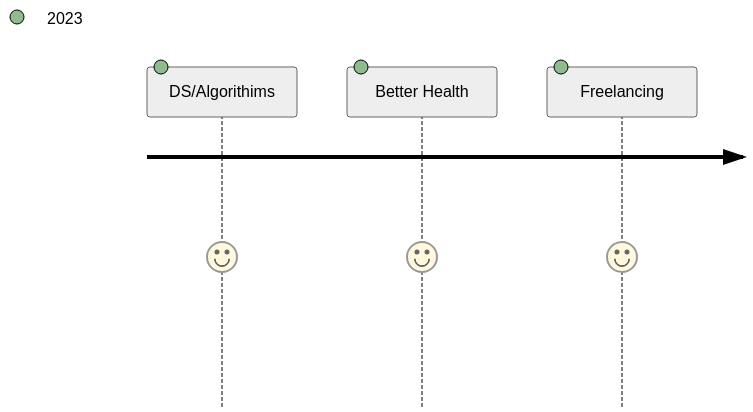
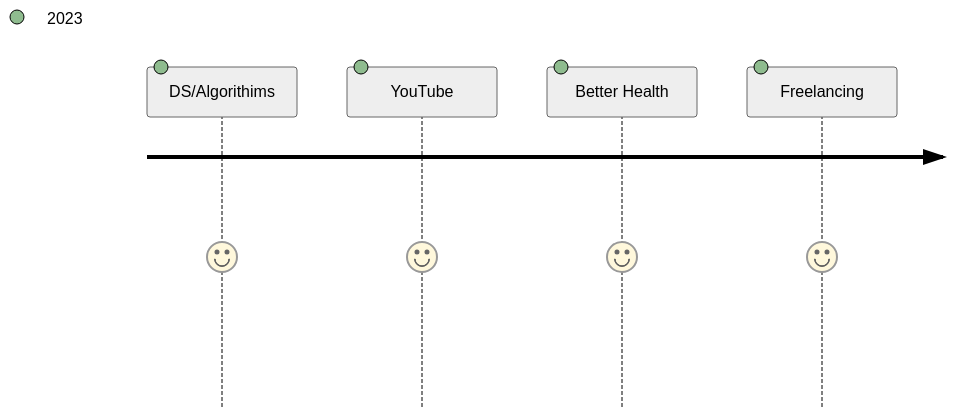
Before and after one commit to p0lygun/p0lygun: the first of 2 diagrams in README.md, drawn with Mermaid (neutral theme). The commit also changed other lines of this file, not shown here.

````diff
--- a/README.md
+++ b/README.md
@@ -39,6 +35,7 @@
 ```mermaid
 journey
     DS/Algorithims:5:2023
+    YouTube:5:2023
     Better Health:5:2023
     Freelancing:5:2023
 ```
````
